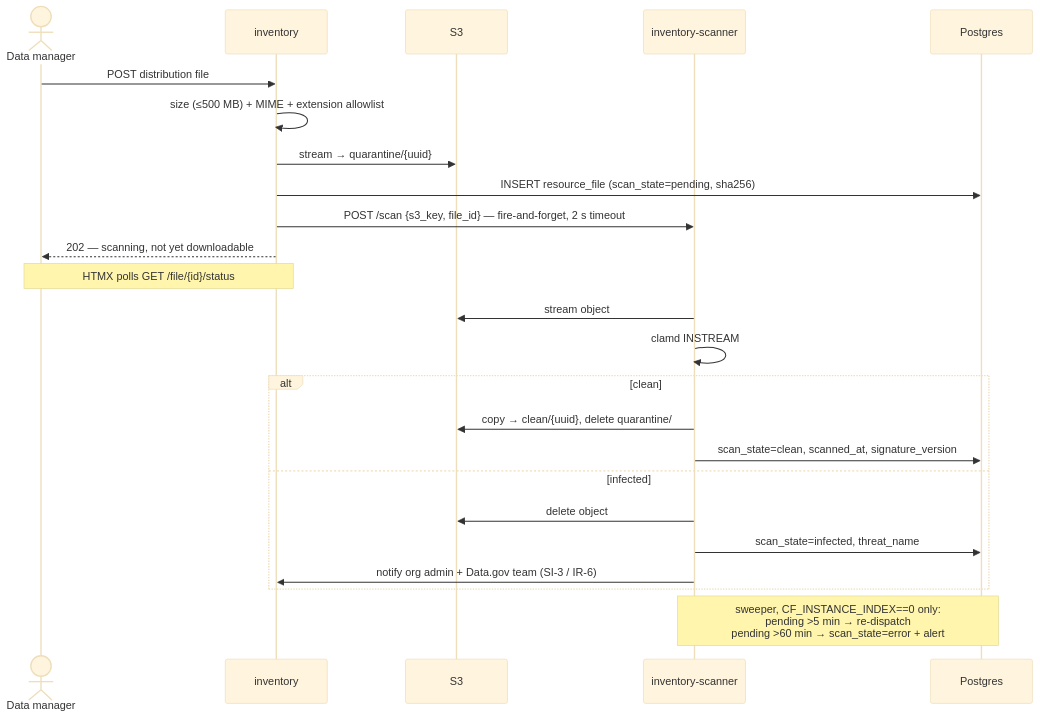
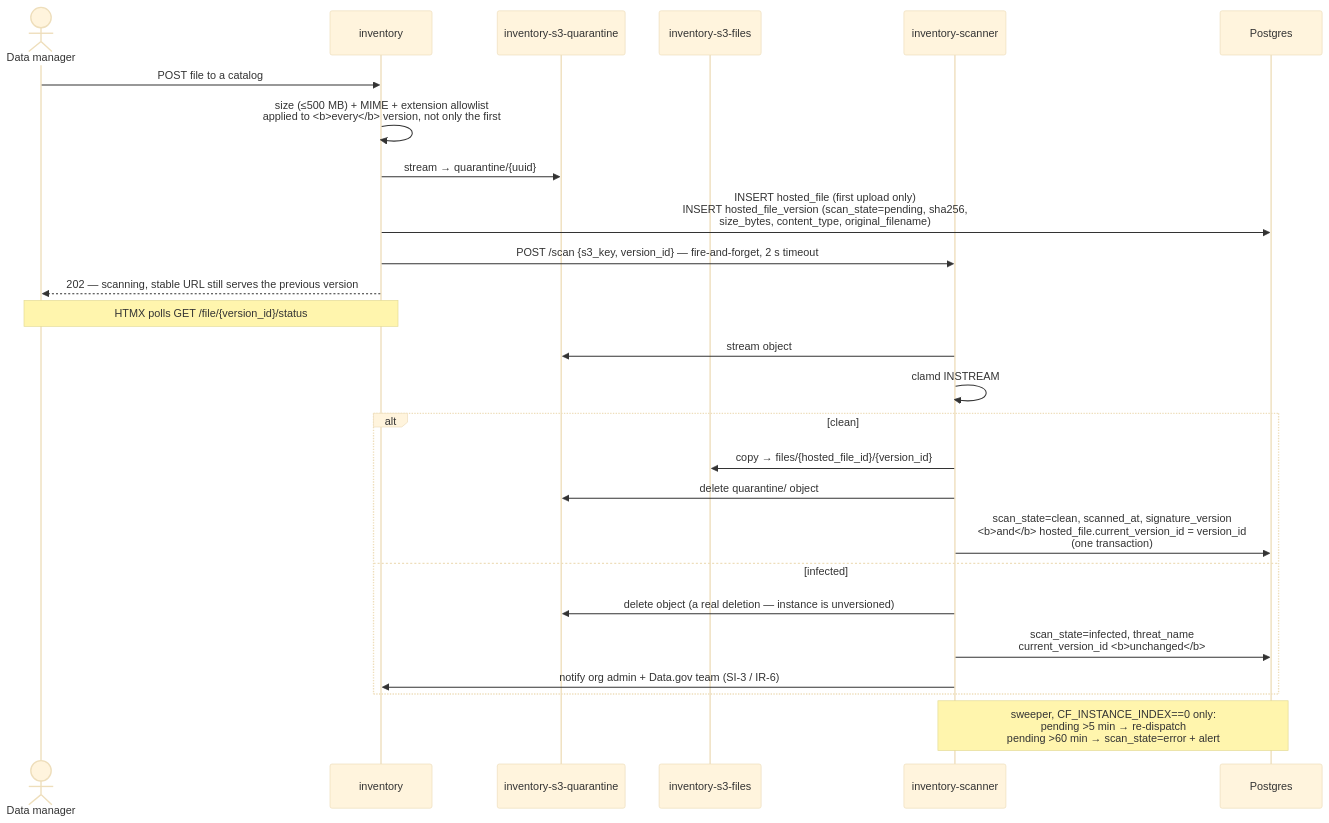
Before and after one commit to GSA/datagov-inventory: the fifth of 9 diagrams in docs/architecture.md, drawn with Mermaid (base theme). The commit also changed other lines of this file and 8 other files, not shown here.

````diff
--- a/docs/architecture.md
+++ b/docs/architecture.md
@@ -404,29 +431,31 @@
 ```mermaid
 sequenceDiagram
     actor U as Data manager
     participant W as inventory
-    participant S3
+    participant SQ as inventory-s3-quarantine
+    participant SF as inventory-s3-files
     participant SC as inventory-scanner
     participant DB as Postgres
 
-    U->>W: POST distribution file
-    W->>W: size (≤500 MB) + MIME + extension allowlist
-    W->>S3: stream → quarantine/{uuid}
-    W->>DB: INSERT resource_file (scan_state=pending, sha256)
-    W->>SC: POST /scan {s3_key, file_id} — fire-and-forget, 2 s timeout
-    W-->>U: 202 — scanning, not yet downloadable
-    Note over U,W: HTMX polls GET /file/{id}/status
+    U->>W: POST file to a catalog
+    W->>W: size (≤500 MB) + MIME + extension allowlist<br/>applied to <b>every</b> version, not only the first
+    W->>SQ: stream → quarantine/{uuid}
+    W->>DB: INSERT hosted_file (first upload only)<br/>INSERT hosted_file_version (scan_state=pending, sha256,<br/>size_bytes, content_type, original_filename)
+    W->>SC: POST /scan {s3_key, version_id} — fire-and-forget, 2 s timeout
+    W-->>U: 202 — scanning, stable URL still serves the previous version
+    Note over U,W: HTMX polls GET /file/{version_id}/status
 
-    SC->>S3: stream object
+    SC->>SQ: stream object
     SC->>SC: clamd INSTREAM
     alt clean
-        SC->>S3: copy → clean/{uuid}, delete quarantine/
-        SC->>DB: scan_state=clean, scanned_at, signature_version
+        SC->>SF: copy → files/{hosted_file_id}/{version_id}
+        SC->>SQ: delete quarantine/ object
+        SC->>DB: scan_state=clean, scanned_at, signature_version<br/><b>and</b> hosted_file.current_version_id = version_id<br/>(one transaction)
     else infected
-        SC->>S3: delete object
-        SC->>DB: scan_state=infected, threat_name
+        SC->>SQ: delete object (a real deletion — instance is unversioned)
+        SC->>DB: scan_state=infected, threat_name<br/>current_version_id <b>unchanged</b>
         SC->>W: notify org admin + Data.gov team (SI-3 / IR-6)
     end
 
     Note over SC,DB: sweeper, CF_INSTANCE_INDEX==0 only:<br/>pending >5 min → re-dispatch<br/>pending >60 min → scan_state=error + alert
 ```
````
